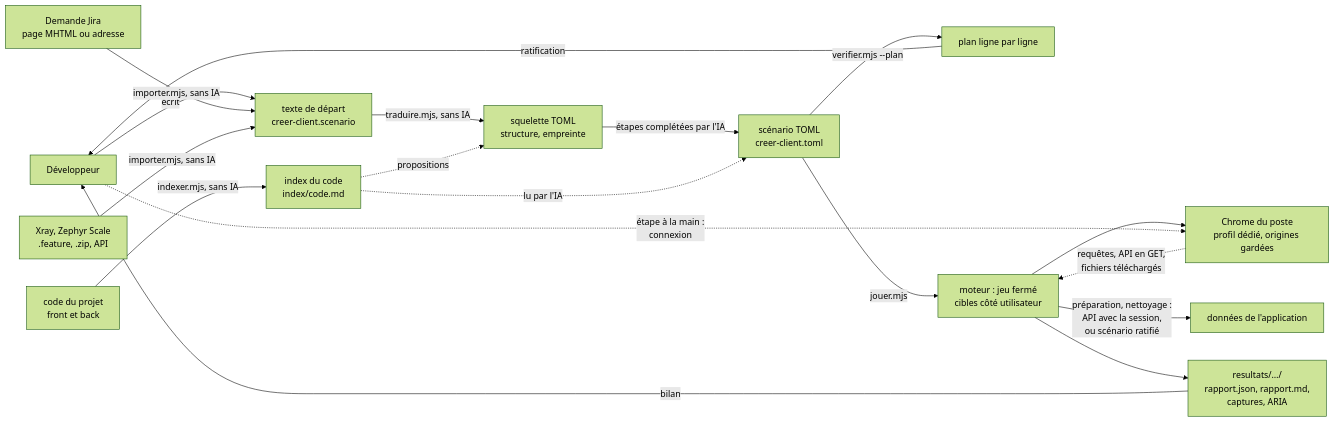
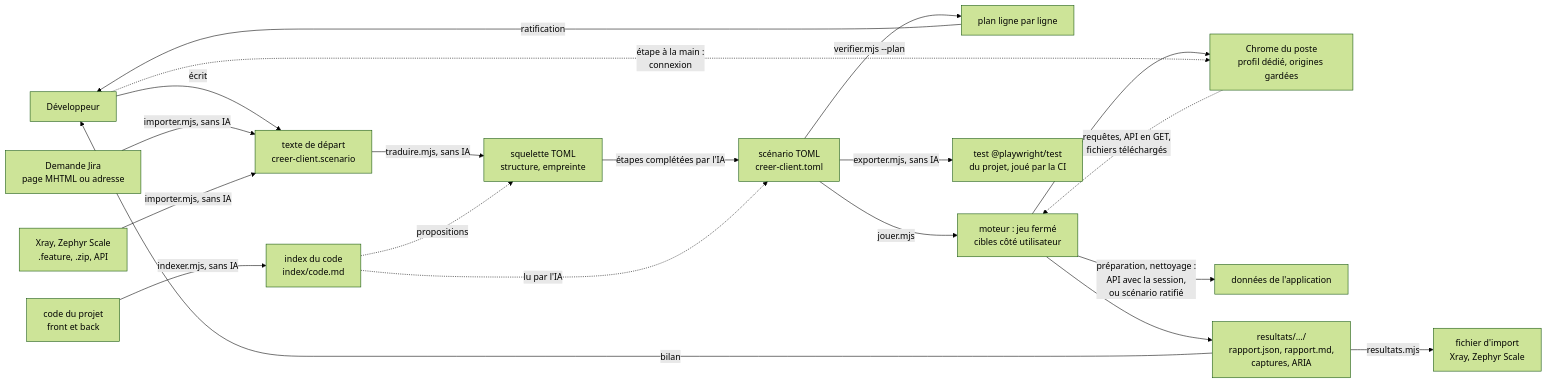
One commit to FredGarcia/Agent2Prompt changed the diagram in specs/scenario-playwright/SKILL.md. Above: the diagram before and after it, drawn with Mermaid (forest theme). The commit also changed other lines of this file and 25 other files, not shown here.

First line of the commit message:
spec(scenario-playwright): 1.5.0 en cours, export en tests Playwright et résultats pour Xray et Zephyr Scale

````diff
--- a/specs/scenario-playwright/SKILL.md
+++ b/specs/scenario-playwright/SKILL.md
@@ -32,20 +34,22 @@
 ```mermaid
 flowchart LR
   DEV["Développeur"] -->|"écrit"| TXT["texte de départ<br/>creer-client.scenario"]
   JIRA["Demande Jira<br/>page MHTML ou adresse"] -->|"importer.mjs, sans IA"| TXT
   CAS["Xray, Zephyr Scale<br/>.feature, .zip, API"] -->|"importer.mjs, sans IA"| TXT
   CODE["code du projet<br/>front et back"] -->|"indexer.mjs, sans IA"| IDX["index du code<br/>index/code.md"]
   TXT -->|"traduire.mjs, sans IA"| SQ["squelette TOML<br/>structure, empreinte"]
   IDX -.->|"propositions"| SQ
   SQ -->|"étapes complétées par l'IA"| TOML["scénario TOML<br/>creer-client.toml"]
   IDX -.->|"lu par l'IA"| TOML
   TOML -->|"verifier.mjs --plan"| PLAN["plan ligne par ligne"]
   PLAN -->|"ratification"| DEV
   TOML -->|"jouer.mjs"| MOT["moteur : jeu fermé<br/>cibles côté utilisateur"]
   MOT --> NAV["Chrome du poste<br/>profil dédié, origines gardées"]
   NAV -.->|"requêtes, API en GET,<br/>fichiers téléchargés"| MOT
   MOT -->|"préparation, nettoyage :<br/>API avec la session,<br/>ou scénario ratifié"| API["données de l'application"]
   DEV -.->|"étape à la main :<br/>connexion"| NAV
   MOT --> RAP["resultats/…/<br/>rapport.json, rapport.md,<br/>captures, ARIA"]
   RAP -->|"bilan"| DEV
+  TOML -->|"exporter.mjs, sans IA"| PW["test @playwright/test<br/>du projet, joué par la CI"]
+  RAP -->|"resultats.mjs"| IMP["fichier d'import<br/>Xray, Zephyr Scale"]
 ```
````
